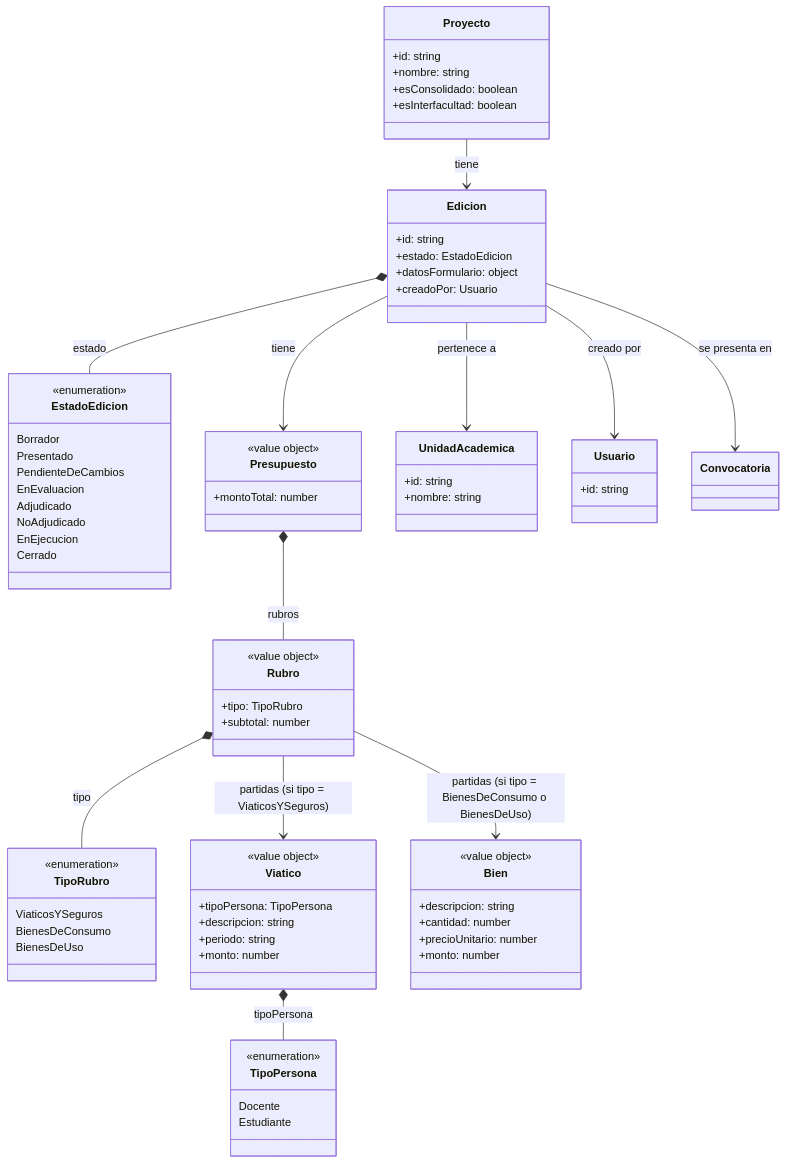
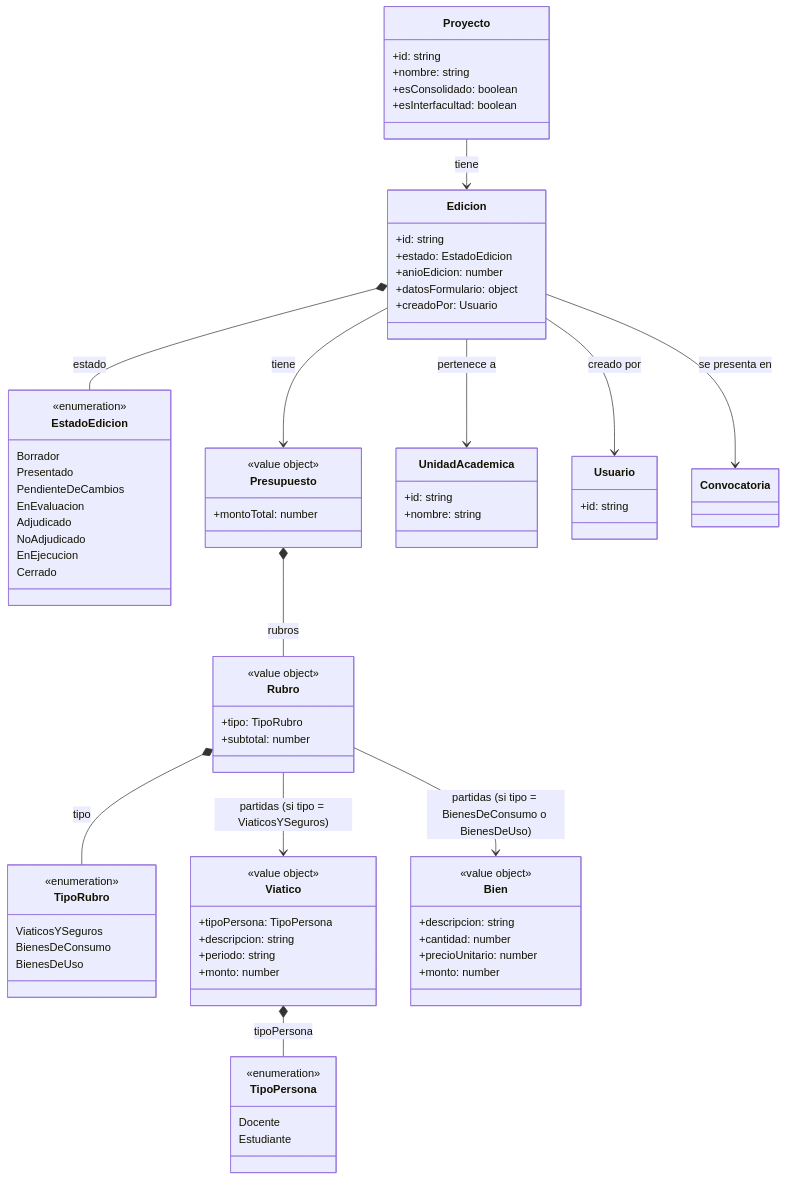
Before and after one commit to TPP-UBANEX/UBANEX: the second of 10 diagrams in docs/dominio/modelo.md, drawn with Mermaid. The commit also changed other lines of this file, not shown here.

```diff
--- a/docs/dominio/modelo.md
+++ b/docs/dominio/modelo.md
@@ -97,6 +97,7 @@
     class Edicion {
         +id: string
         +estado: EstadoEdicion
+        +anioEdicion: number
         +datosFormulario: object
         +creadoPor: Usuario
     }
```
